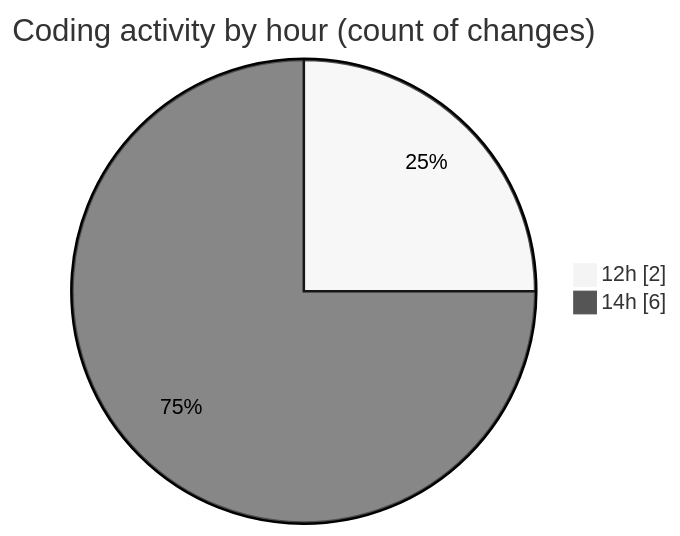
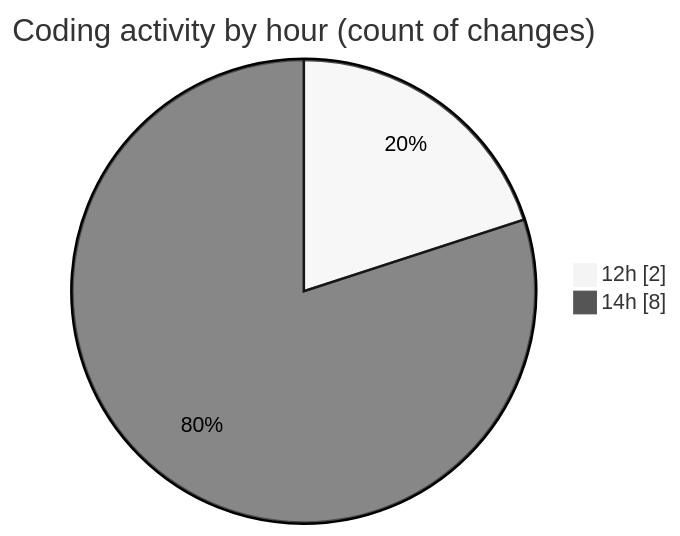
Before and after one commit to nxtqubesakshisongat/code-tracking: the second of 2 diagrams in 2026-04-07/airfeed-analytics-dashboard/README.md, drawn with Mermaid (neutral theme). The commit also changed other lines of this file and 1 other file, not shown here.

````diff
--- a/2026-04-07/airfeed-analytics-dashboard/README.md
+++ b/2026-04-07/airfeed-analytics-dashboard/README.md
@@ -31,6 +32,6 @@
 ```mermaid
 pie showData
 title Coding activity by hour (count of changes)
 "12h" : 2
-"14h" : 6
+"14h" : 8
 ```
````
